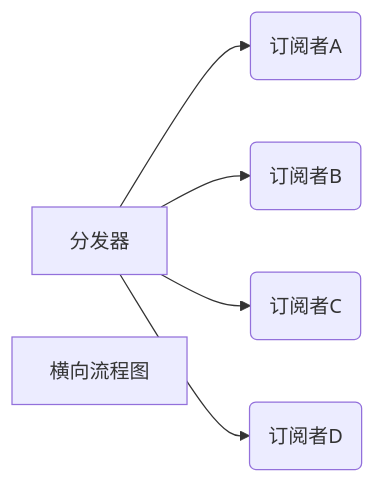
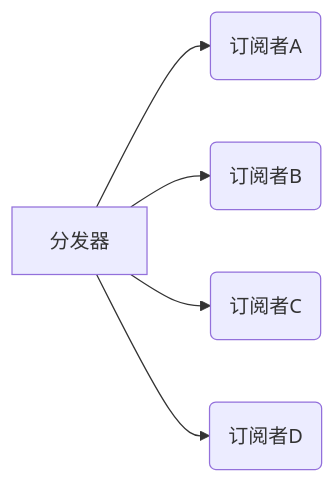
One commit to NiceTry12138/MarkdownLog changed the diagram in 虚幻.md. Above: the diagram before and after it, drawn with Mermaid. The commit also changed other lines of this file and 6 other files, not shown here.

````diff
--- a/虚幻.md
+++ b/虚幻.md
@@ -574,8 +574,7 @@
 ```mermaid
 graph LR
 A[分发器] -->B(订阅者A)
 A --> C(订阅者B)
 A --> D(订阅者C)
 A --> E(订阅者D)
-F[横向流程图]
 ```
````
